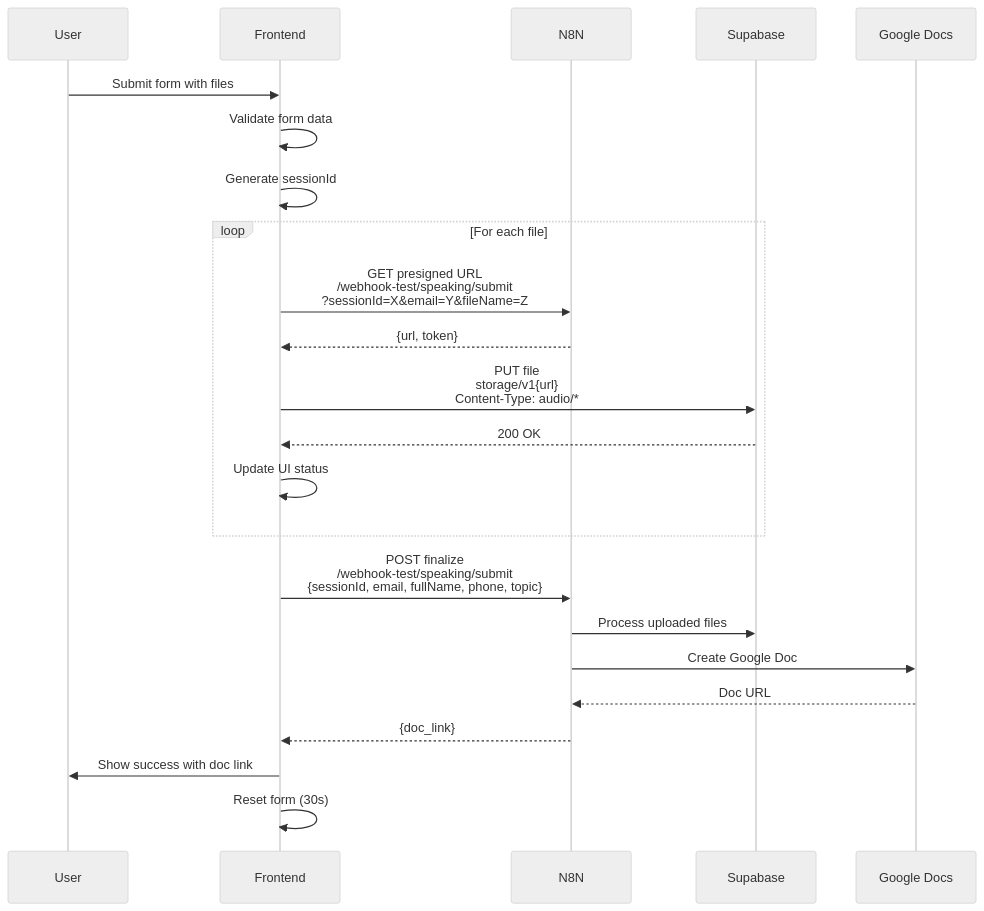
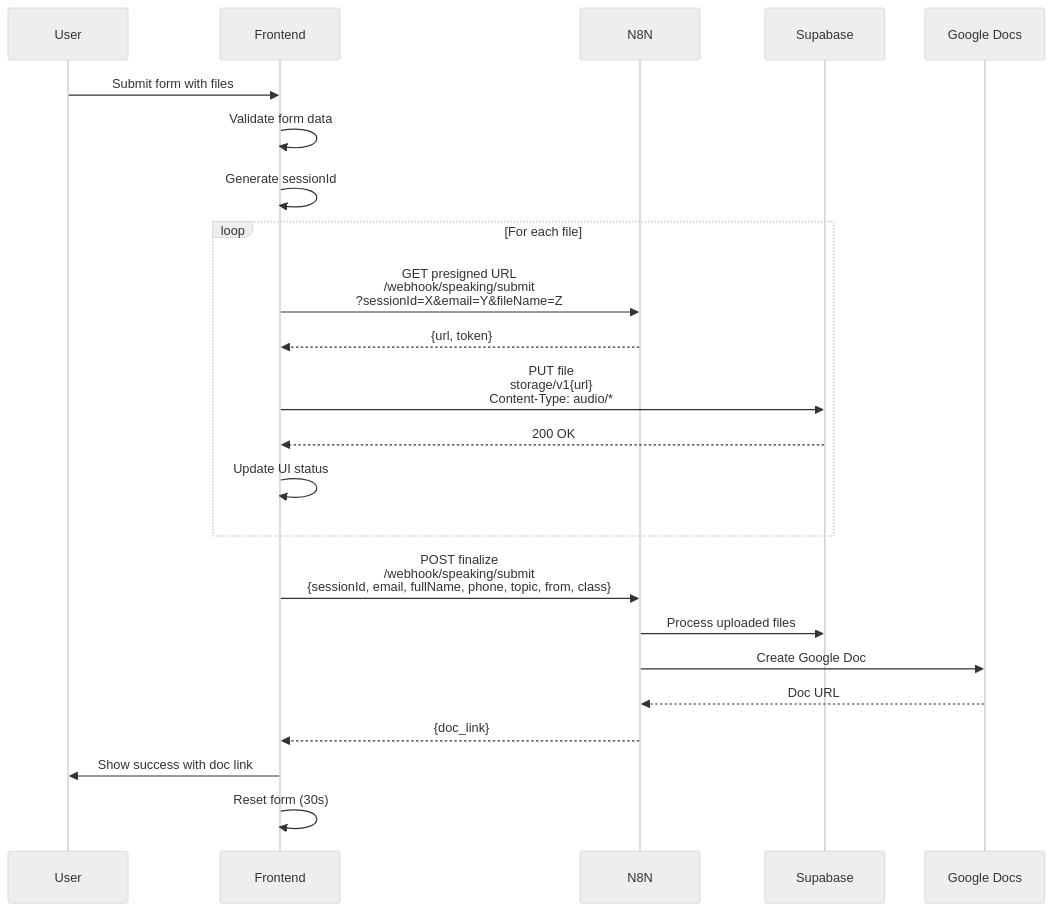
One commit to quocbang/speaking-submition changed the diagram in README.md. Above: the diagram before and after it, drawn with Mermaid (neutral theme). The commit also changed other lines of this file and 1 other file, not shown here.

````diff
--- a/README.md
+++ b/README.md
@@ -5,29 +5,29 @@
 ```mermaid
 sequenceDiagram
     participant U as User
     participant F as Frontend
     participant N as N8N
     participant S as Supabase
     participant G as Google Docs
 
     U->>F: Submit form with files
     F->>F: Validate form data
     F->>F: Generate sessionId
 
     loop For each file
-        F->>N: GET presigned URL<br/>/webhook-test/speaking/submit<br/>?sessionId=X&email=Y&fileName=Z
+        F->>N: GET presigned URL<br/>/webhook/speaking/submit<br/>?sessionId=X&email=Y&fileName=Z
         N-->>F: {url, token}
         F->>S: PUT file<br/>storage/v1{url}<br/>Content-Type: audio/*
         S-->>F: 200 OK
         F->>F: Update UI status
     end
 
-    F->>N: POST finalize<br/>/webhook-test/speaking/submit<br/>{sessionId, email, fullName, phone, topic}
+    F->>N: POST finalize<br/>/webhook/speaking/submit<br/>{sessionId, email, fullName, phone, topic, from, class}
     N->>S: Process uploaded files
     N->>G: Create Google Doc
     G-->>N: Doc URL
     N-->>F: {doc_link}
 
     F->>U: Show success with doc link
     F->>F: Reset form (30s)
 ```
````
